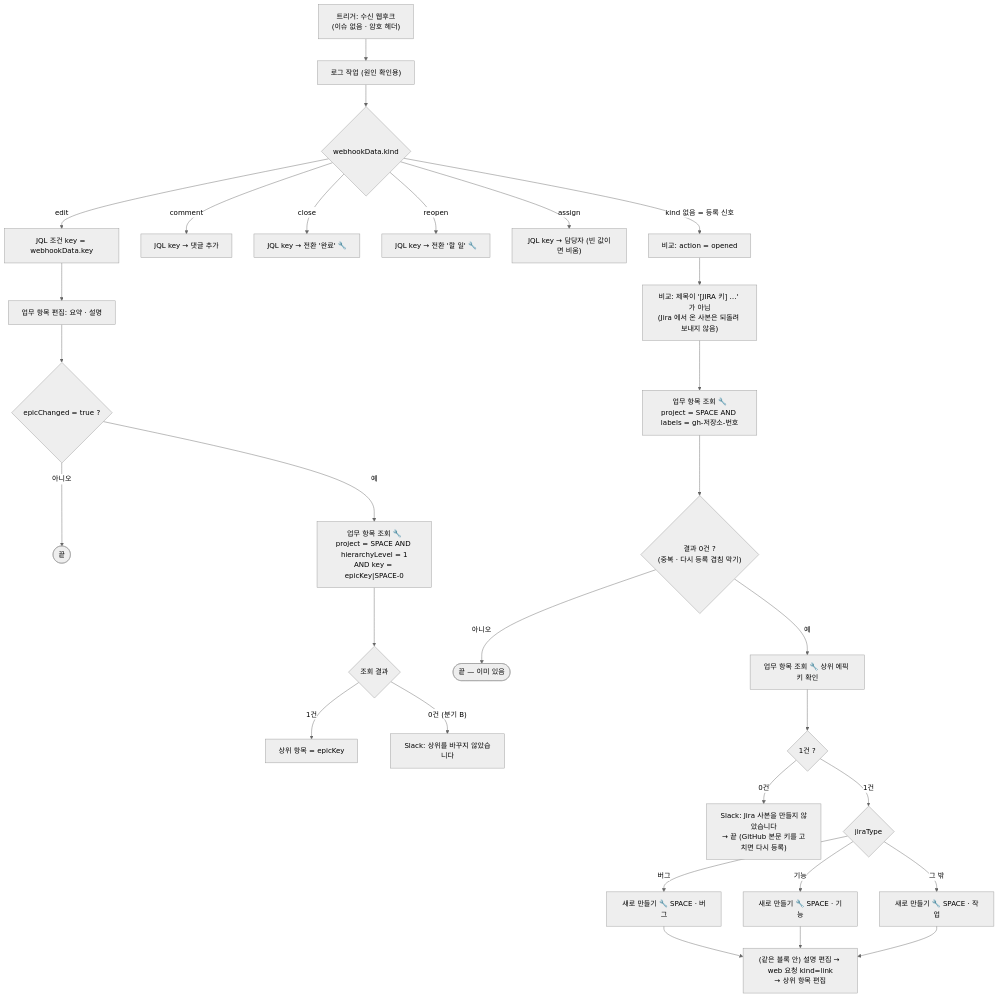
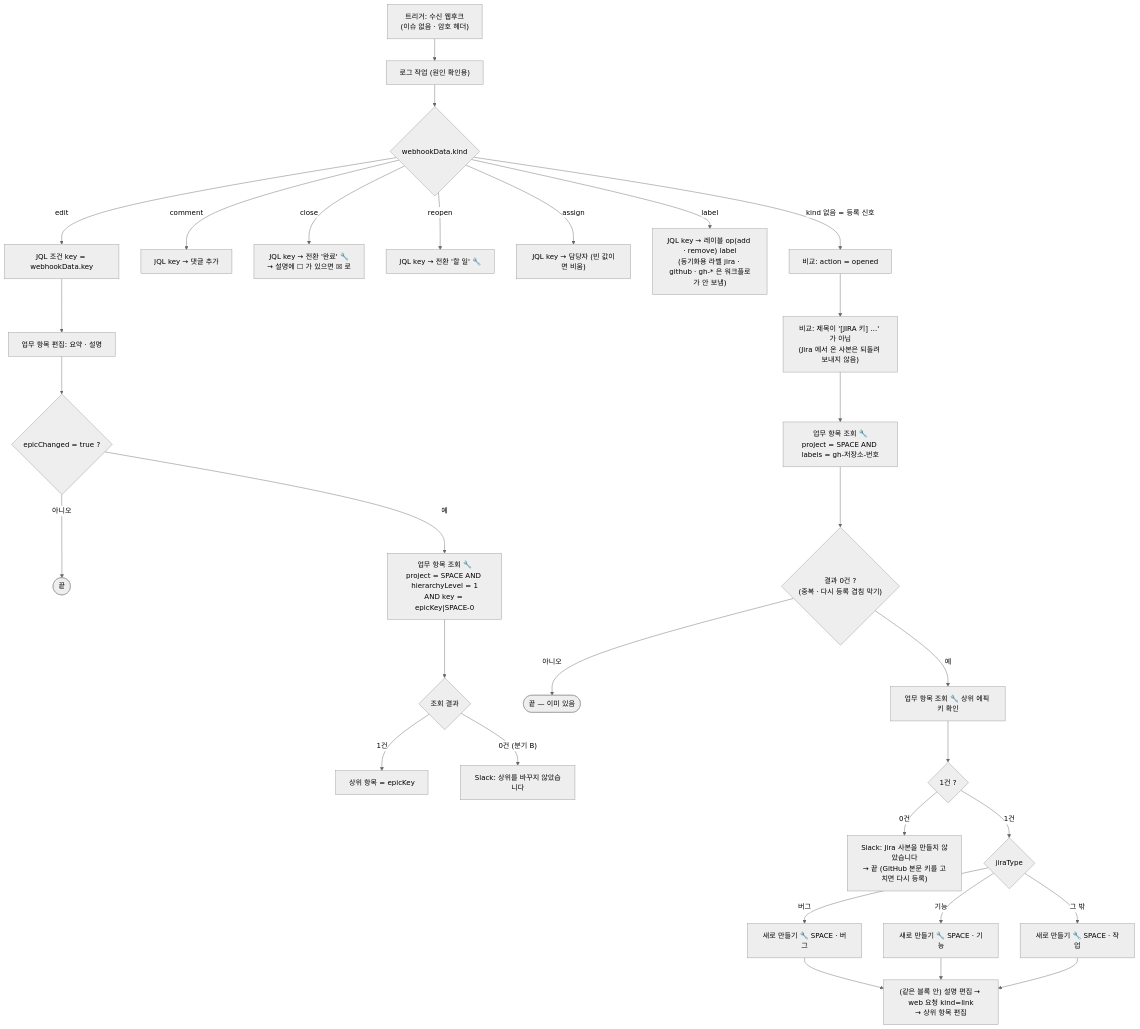
One commit to nz-sdk/ai_skills changed the second of 6 diagrams in issue-sync-install/adopt/02a-흐름도.md. Above: the diagram before and after it, drawn with Mermaid (neutral theme). The commit also changed other lines of this file and 19 other files, not shown here.

````diff
--- a/issue-sync-install/adopt/02a-흐름도.md
+++ b/issue-sync-install/adopt/02a-흐름도.md
@@ -37,30 +38,31 @@
 ```mermaid
 flowchart TD
   T["트리거: 수신 웹후크<br/>(이슈 없음 · 암호 헤더)"] --> L["로그 작업 (원인 확인용)"]
   L --> K{"webhookData.kind"}
   K -- "edit" --> E1["JQL 조건 key = webhookData.key"]
   E1 --> E2["업무 항목 편집: 요약 · 설명"]
   E2 --> E3{"epicChanged = true ?"}
   E3 -- "아니오" --> END1(["끝"])
   E3 -- "예" --> E4["업무 항목 조회 🔧<br/>project = SPACE AND hierarchyLevel = 1<br/>AND key = epicKey|SPACE-0"]
   E4 --> E5{"조회 결과"}
   E5 -- "1건" --> E6["상위 항목 = epicKey"]
   E5 -- "0건 (분기 B)" --> E7["Slack: 상위를 바꾸지 않았습니다"]
   K -- "comment" --> C1["JQL key → 댓글 추가"]
-  K -- "close" --> C2["JQL key → 전환 '완료' 🔧"]
+  K -- "close" --> C2["JQL key → 전환 '완료' 🔧<br/>→ 설명에 ☐ 가 있으면 ☒ 로"]
   K -- "reopen" --> C3["JQL key → 전환 '할 일' 🔧"]
   K -- "assign" --> C4["JQL key → 담당자 (빈 값이면 비움)"]
+  K -- "label" --> C5["JQL key → 레이블 op(add · remove) label<br/>(동기화용 라벨 jira · github · gh-* 은 워크플로가 안 보냄)"]
   K -- "kind 없음 = 등록 신호" --> R0["비교: action = opened"]
   R0 --> R1c["비교: 제목이 '[JIRA 키] …' 가 아님<br/>(Jira 에서 온 사본은 되돌려 보내지 않음)"]
   R1c --> R2c["업무 항목 조회 🔧<br/>project = SPACE AND labels = gh-저장소-번호"]
   R2c --> R3c{"결과 0건 ?<br/>(중복 · 다시 등록 겹침 막기)"}
   R3c -- "아니오" --> END2(["끝 — 이미 있음"])
   R3c -- "예" --> R4c["업무 항목 조회 🔧 상위 에픽 키 확인"]
   R4c --> R5c{"1건 ?"}
   R5c -- "0건" --> R6c["Slack: Jira 사본을 만들지 않았습니다<br/>→ 끝 (GitHub 본문 키를 고치면 다시 등록)"]
   R5c -- "1건" --> R7c{"jiraType"}
   R7c -- "버그" --> N1["새로 만들기 🔧 SPACE · 버그"]
   R7c -- "기능" --> N2["새로 만들기 🔧 SPACE · 기능"]
   R7c -- "그 밖" --> N3["새로 만들기 🔧 SPACE · 작업"]
   N1 & N2 & N3 --> N4["(같은 블록 안) 설명 편집 → web 요청 kind=link<br/>→ 상위 항목 편집"]
 ```
````
